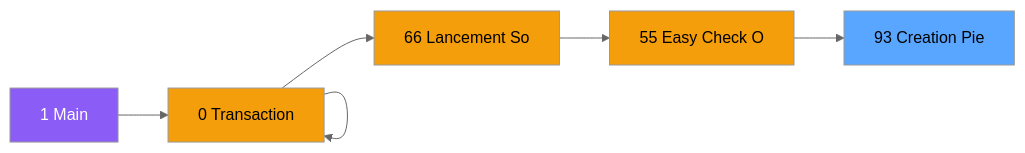
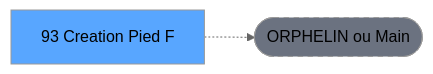
The second of 3 diagrams in .openspec/specs/ADH-IDE-93.md (thonyAGP/lecteur-magic), drawn with Mermaid (neutral theme) before and after one commit. The commit also changed other lines of this file and 701 other files, not shown here.

````diff
--- a/.openspec/specs/ADH-IDE-93.md
+++ b/.openspec/specs/ADH-IDE-93.md
@@ -121,23 +118,8 @@
 ```mermaid
 graph LR
-    M[1 Main]
-    N0[0 Transaction ]
-    N0[0 Transaction ]
-    N0[0 Transaction ]
-    N66[66 Lancement So]
-    N55[55 Easy Check O]
-    T[93 Creation Pie]
-    M --> N0
-    N0 --> N0
-    N0 --> N0
-    N0 --> N66
-    N66 --> N55
-    N55 --> T
-    style M fill:#8b5cf6,color:#fff
-    style N0 fill:#f59e0b
-    style N0 fill:#f59e0b
-    style N0 fill:#f59e0b
-    style N66 fill:#f59e0b
-    style N55 fill:#f59e0b
+    T[93 Creation Pied F]
+    ORPHAN([ORPHELIN ou Main])
+    T -.-> ORPHAN
     style T fill:#58a6ff,color:#000
+    style ORPHAN fill:#6b7280,stroke-dasharray: 5 5
 ```
````
